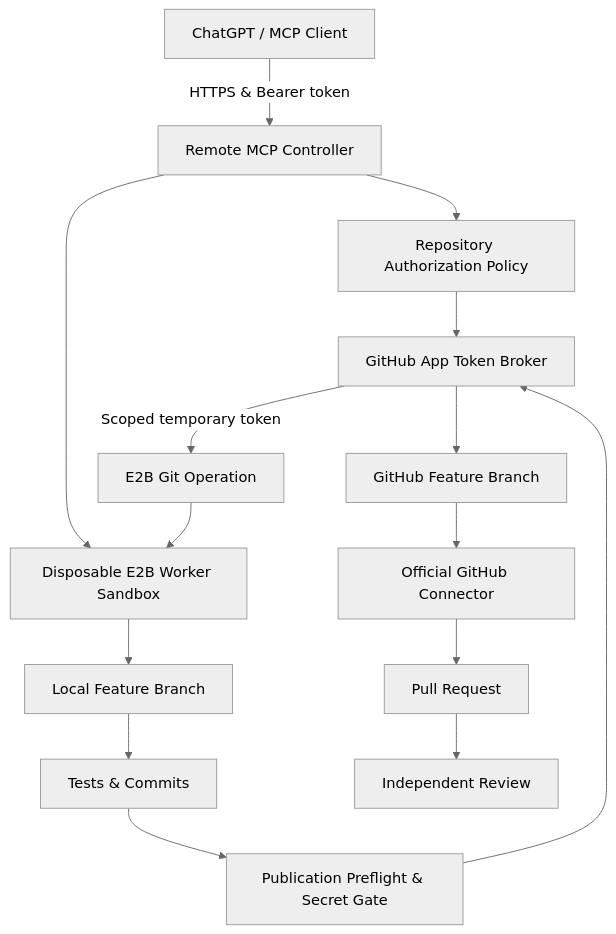
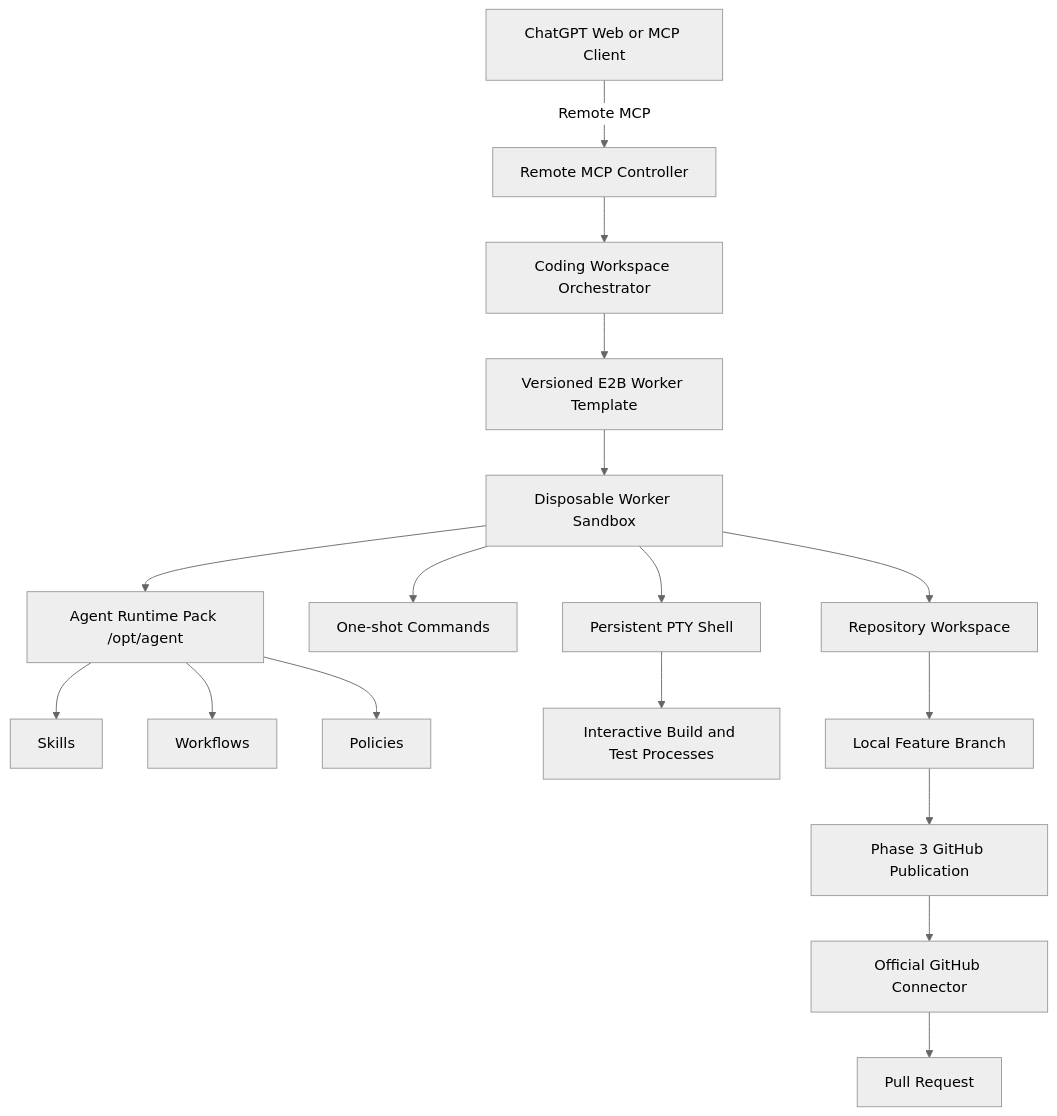
Before and after one commit to imMamdouhaboammar/e2b-agent-runtime: the diagram in ARCHITECTURE_MAP.md, drawn with Mermaid (neutral theme). The commit also changed other lines of this file and 1 other file, not shown here.

Commit message:
docs: update ARCHITECTURE_MAP.md and README.md with Phase 4 guide

````diff
--- a/ARCHITECTURE_MAP.md
+++ b/ARCHITECTURE_MAP.md
@@ -9,17 +9,19 @@
 ```mermaid
 flowchart TD
-    A[ChatGPT / MCP Client] -->|HTTPS & Bearer token| B[Remote MCP Controller]
-    B --> C[Repository Authorization Policy]
-    C --> D[GitHub App Token Broker]
-    B --> E[Disposable E2B Worker Sandbox]
-    D -->|Scoped temporary token| F[E2B Git Operation]
-    F --> E
-    E --> G[Local Feature Branch]
-    G --> H[Tests & Commits]
-    H --> I[Publication Preflight & Secret Gate]
-    I --> D
-    D --> J[GitHub Feature Branch]
-    J --> K[Official GitHub Connector]
-    K --> L[Pull Request]
-    L --> M[Independent Review]
+    A[ChatGPT Web or MCP Client] -->|Remote MCP| B[Remote MCP Controller]
+    B --> C[Coding Workspace Orchestrator]
+    C --> D[Versioned E2B Worker Template]
+    D --> E[Disposable Worker Sandbox]
+    E --> F[Persistent PTY Shell]
+    E --> G[One-shot Commands]
+    E --> H[Repository Workspace]
+    E --> I[Agent Runtime Pack /opt/agent]
+    I --> J[Skills]
+    I --> K[Workflows]
+    I --> L[Policies]
+    F --> M[Interactive Build and Test Processes]
+    H --> N[Local Feature Branch]
+    N --> O[Phase 3 GitHub Publication]
+    O --> P[Official GitHub Connector]
+    P --> Q[Pull Request]
 ```
````
